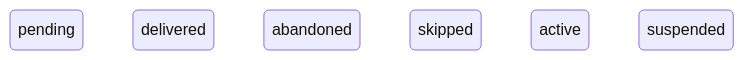
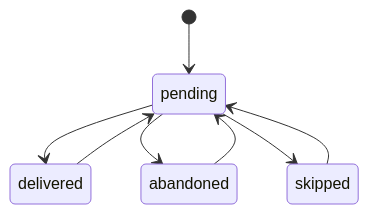
One commit to OpenDustpan/OpenDustpan changed the third of 6 diagrams in openspec/changes/chat-a2-outbox-deliveries-dispatcher/design.md. Above: the diagram before and after it, drawn with Mermaid. The commit also changed other lines of this file and 3 other files, not shown here.

````diff
--- a/openspec/changes/chat-a2-outbox-deliveries-dispatcher/design.md
+++ b/openspec/changes/chat-a2-outbox-deliveries-dispatcher/design.md
@@ -54,9 +92,10 @@
 ```mermaid
 stateDiagram-v2
-pending
-delivered
-abandoned
-skipped
-active
-suspended
+[*] --> pending
+pending --> delivered
+pending --> abandoned
+pending --> skipped
+delivered --> pending
+abandoned --> pending
+skipped --> pending
 ```
````
